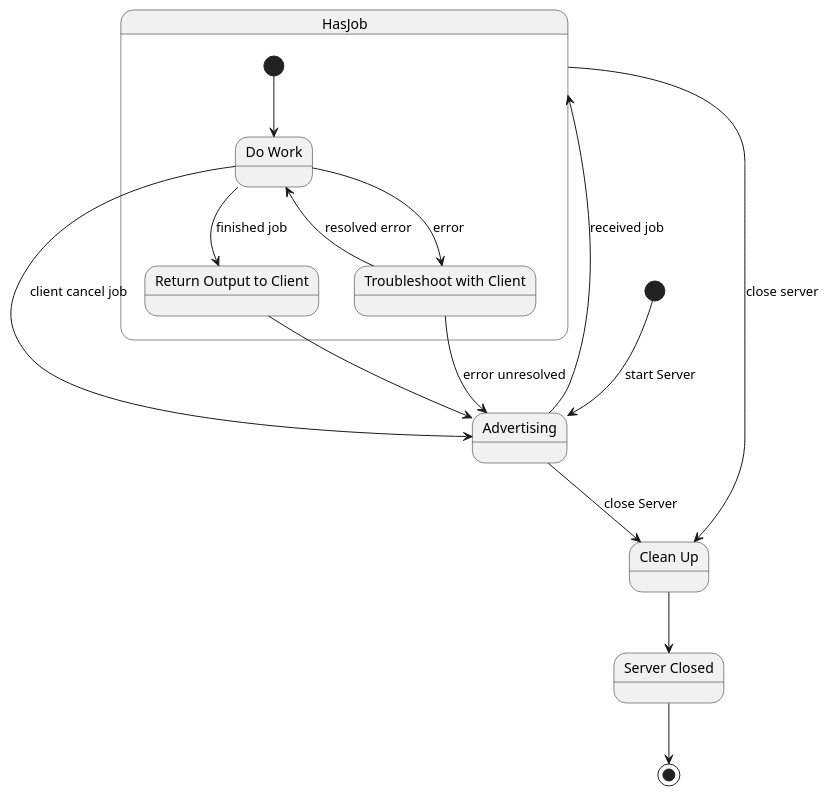
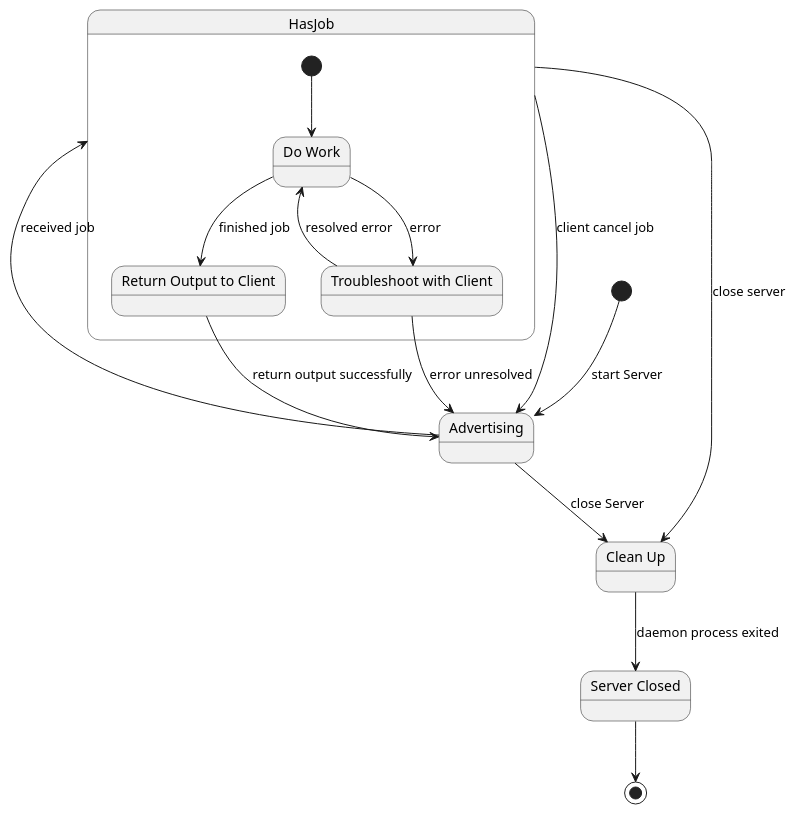
The diagram in StateMachine/daemonStateMachine.plantuml (cs130-w21/1), drawn with PlantUML before and after one commit.

Commit message:
Minor Changes

```diff
--- a/StateMachine/daemonStateMachine.plantuml
+++ b/StateMachine/daemonStateMachine.plantuml
@@ -1,29 +1,29 @@
 @startuml
 
 
 state HasJob {
   state "Do Work" as Work
   state "Troubleshoot with Client" as Trouble
   state "Return Output to Client" as Output
 
   [*] --> Work
   Work --> Trouble : error
   Trouble --> Work : resolved error
   Work --> Output : finished job
 }
 
 state "Advertising" as Ad
 state "Clean Up" as Clean
 state "Server Closed" as Closed
 
 [*] --> Ad : start Server
 Ad --> HasJob: received job
 Trouble --> Ad : error unresolved
-Output --> Ad
-Work --> Ad : client cancel job
+Output --> Ad : return output successfully
+HasJob --> Ad : client cancel job
 Ad --> Clean : close Server
 HasJob --> Clean : close server
-Clean --> Closed
+Clean --> Closed : daemon process exited
 Closed --> [*]
 
 @enduml
```
